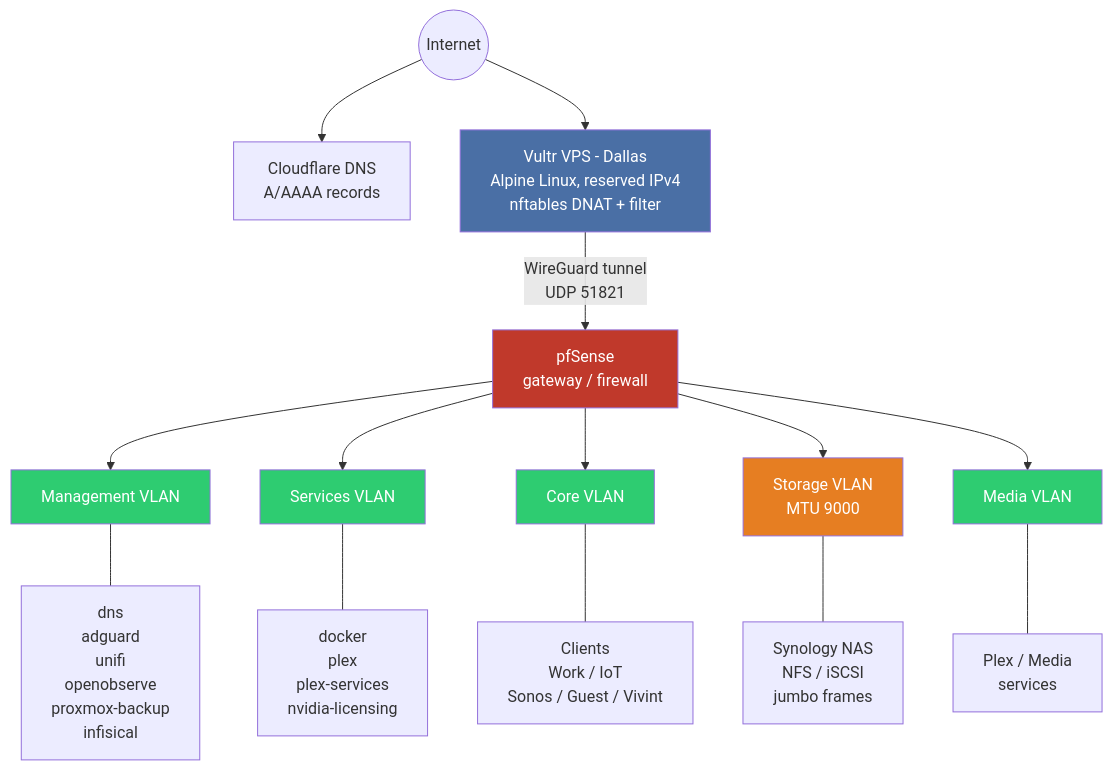
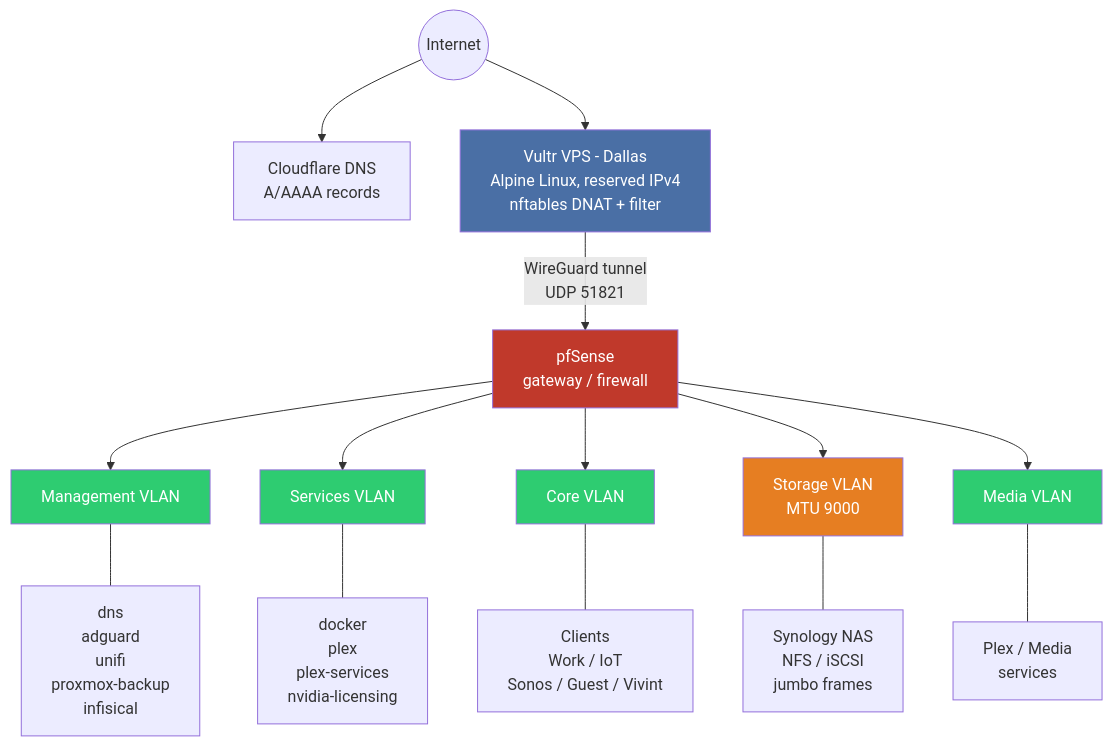
One commit to GoodOlClint/homelab changed the first of 5 diagrams in README.md. Above: the diagram before and after it, drawn with Mermaid. The commit also changed other lines of this file and 4 other files, not shown here.

````diff
--- a/README.md
+++ b/README.md
@@ -7,29 +7,29 @@
 ```mermaid
 graph TD
     Internet((Internet))
 
     Internet --> CF[Cloudflare DNS<br/>A/AAAA records]
     Internet --> VPS[Vultr VPS - Dallas<br/>Alpine Linux, reserved IPv4<br/>nftables DNAT + filter]
 
     VPS -->|WireGuard tunnel<br/>UDP 51821| PF[pfSense<br/>gateway / firewall]
 
     PF --> MGMT[Management VLAN]
     PF --> SVC[Services VLAN]
     PF --> CORE[Core VLAN]
     PF --> STOR[Storage VLAN<br/>MTU 9000]
     PF --> MEDIA[Media VLAN]
 
-    MGMT --- M1[dns<br/>adguard<br/>unifi<br/>openobserve<br/>proxmox-backup<br/>infisical]
+    MGMT --- M1[dns<br/>adguard<br/>unifi<br/>proxmox-backup<br/>infisical]
     SVC --- S1[docker<br/>plex<br/>plex-services<br/>nvidia-licensing]
     CORE --- C1[Clients<br/>Work / IoT<br/>Sonos / Guest / Vivint]
     STOR --- ST1[Synology NAS<br/>NFS / iSCSI<br/>jumbo frames]
     MEDIA --- ME1[Plex / Media<br/>services]
 
     style VPS fill:#4a6fa5,color:#fff
     style PF fill:#c0392b,color:#fff
     style MGMT fill:#2ecc71,color:#fff
     style SVC fill:#2ecc71,color:#fff
     style CORE fill:#2ecc71,color:#fff
     style STOR fill:#e67e22,color:#fff
     style MEDIA fill:#2ecc71,color:#fff
 ```
````
